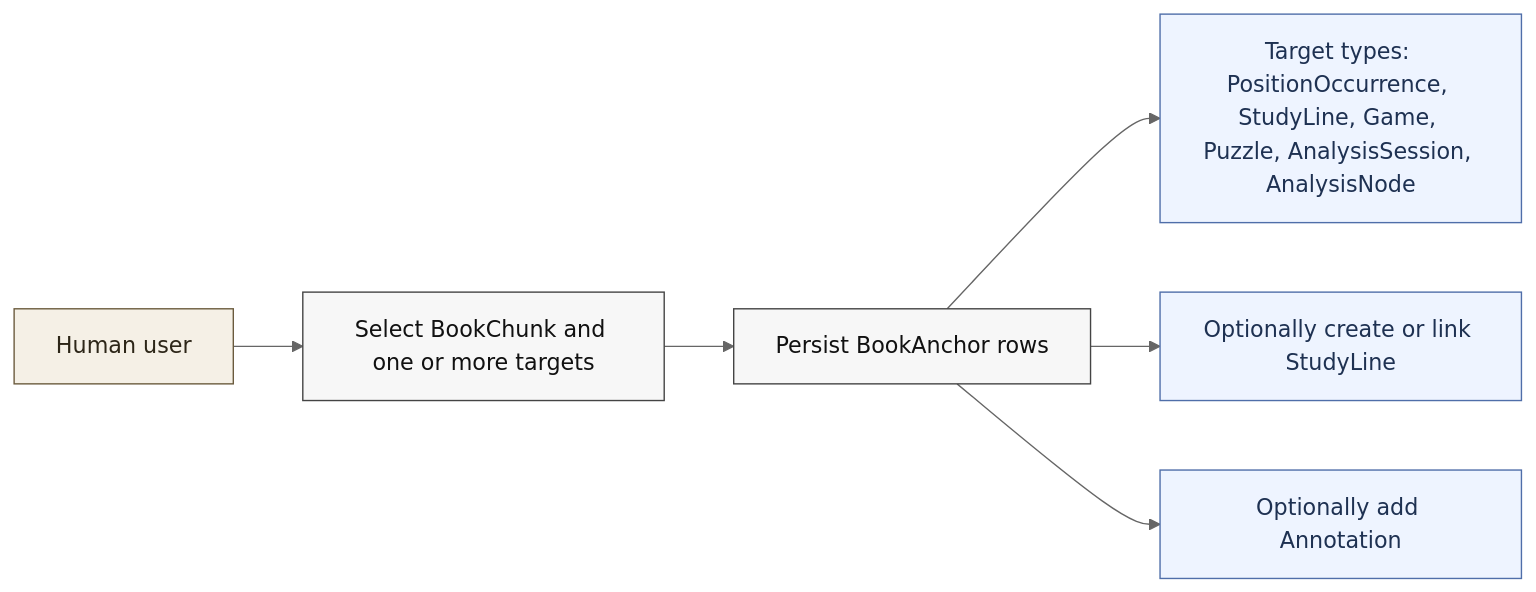
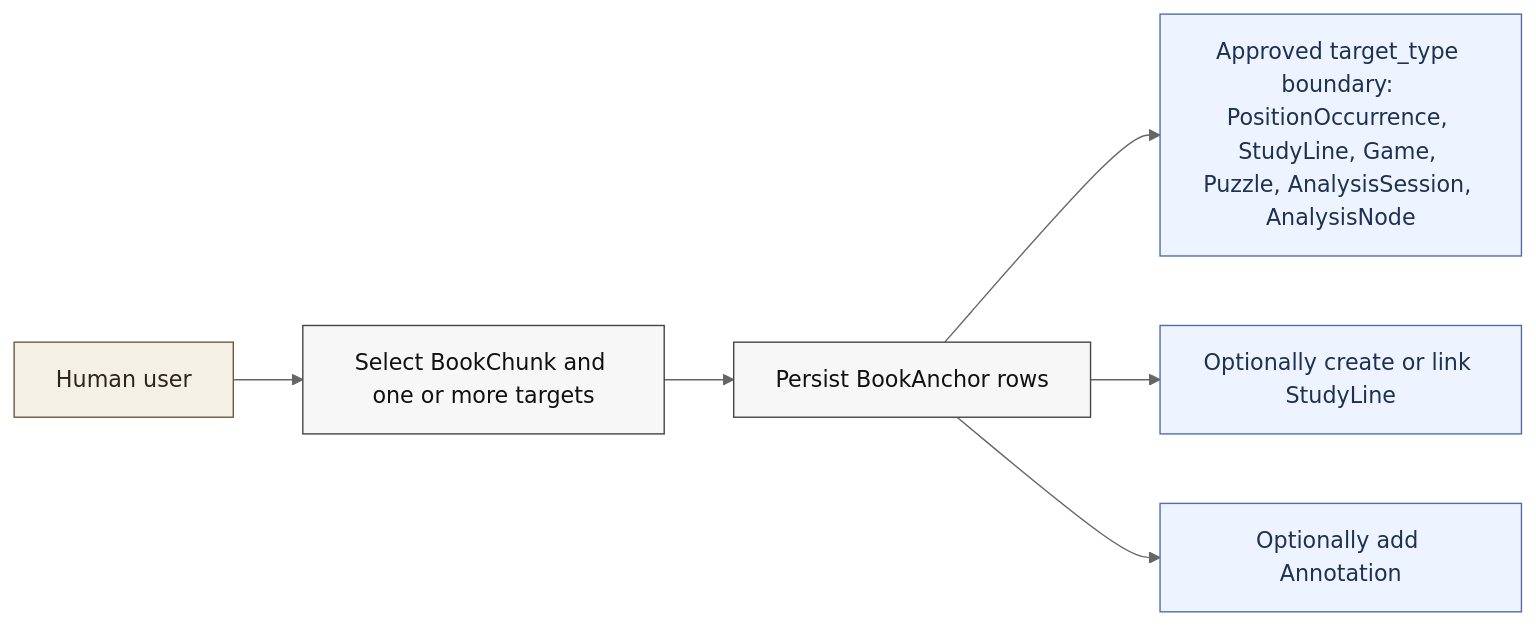
The second of 2 diagrams in docs/diagrams/v1-book-ingestion-and-linking.md (wulke/chess-core), drawn with Mermaid (neutral theme) before and after one commit. The commit also changed other lines of this file and 6 other files, not shown here.

````diff
--- a/docs/diagrams/v1-book-ingestion-and-linking.md
+++ b/docs/diagrams/v1-book-ingestion-and-linking.md
@@ -40,12 +40,12 @@
 ```mermaid
 flowchart LR
     classDef actor fill:#f5f0e6,stroke:#6b5b3e,color:#2d2618;
     classDef action fill:#f7f7f7,stroke:#444,color:#111;
     classDef optional fill:#eef4ff,stroke:#4f6ea9,color:#1e3152;
 
     User[Human user]:::actor --> Select[Select BookChunk and one or more targets]:::action
     Select --> Anchor[Persist BookAnchor rows]:::action
-    Anchor --> Targets[Target types: PositionOccurrence, StudyLine, Game, Puzzle, AnalysisSession, AnalysisNode]:::optional
+    Anchor --> Targets[Approved target_type boundary: PositionOccurrence, StudyLine, Game, Puzzle, AnalysisSession, AnalysisNode]:::optional
     Anchor --> OptLine[Optionally create or link StudyLine]:::optional
     Anchor --> OptNote[Optionally add Annotation]:::optional
 ```
````
